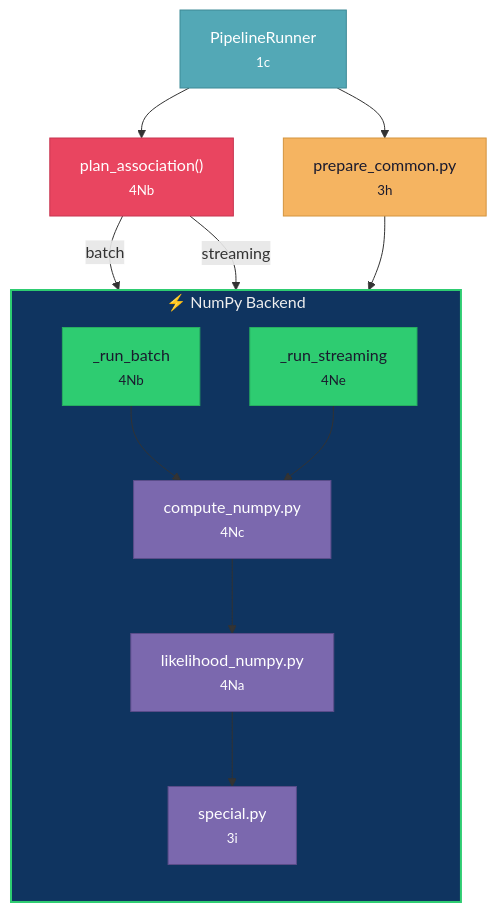
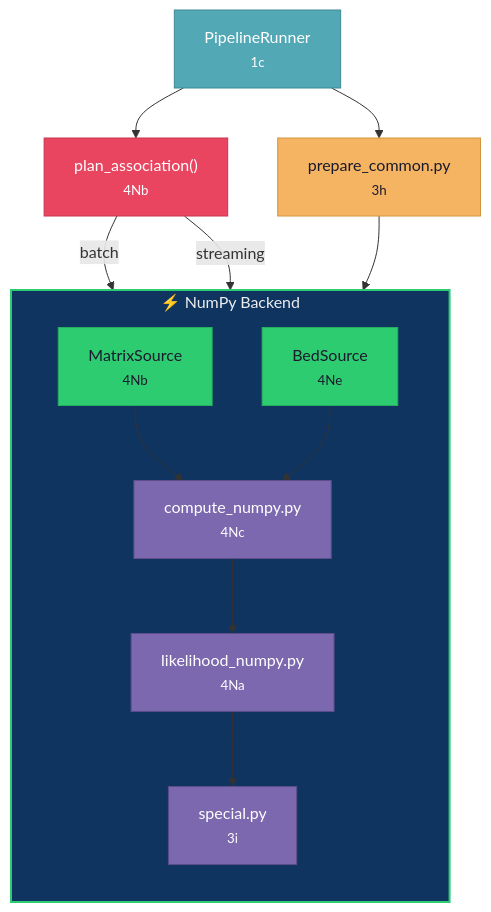
The fifth of 5 diagrams in docs/CODEMAP.md (michael-denyer/jamma), drawn with Mermaid before and after one commit. The commit also changed other lines of this file and 12 other files, not shown here.

````diff
--- a/docs/CODEMAP.md
+++ b/docs/CODEMAP.md
@@ -499,35 +500,35 @@
 ```mermaid
 flowchart TD
     PIPE["PipelineRunner<br/><small>1c</small>"]
     SEL["plan_association()<br/><small>4Nb</small>"]
     PREP["prepare_common.py<br/><small>3h</small>"]
 
     subgraph NP["⚡ NumPy Backend"]
         direction TB
-        BATCH["_run_batch<br/><small>4Nb</small>"]
-        STREAM["_run_streaming<br/><small>4Ne</small>"]
+        BATCH["MatrixSource<br/><small>4Nb</small>"]
+        STREAM["BedSource<br/><small>4Ne</small>"]
         CN["compute_numpy.py<br/><small>4Nc</small>"]
         LN["likelihood_numpy.py<br/><small>4Na</small>"]
         SP["special.py<br/><small>3i</small>"]
     end
 
     PIPE --> SEL
     SEL -->|batch| BATCH
     SEL -->|streaming| STREAM
     PIPE --> PREP
     PREP --> NP
     BATCH --> CN --> LN
     STREAM --> CN
     LN --> SP
 
     style NP fill:#0f3460,stroke:#2ecc71,color:#eee,stroke-width:2px
 
     style PIPE fill:#53a8b6,stroke:#3d8a96,color:#fff
     style SEL fill:#e94560,stroke:#c73550,color:#fff
     style PREP fill:#f5b461,stroke:#d4943f,color:#1a1a2e
     style BATCH fill:#2ecc71,stroke:#27ae60,color:#1a1a2e
     style STREAM fill:#2ecc71,stroke:#27ae60,color:#1a1a2e
     style CN fill:#7b68ae,stroke:#5a4d8a,color:#fff
     style LN fill:#7b68ae,stroke:#5a4d8a,color:#fff
     style SP fill:#7b68ae,stroke:#5a4d8a,color:#fff
 ```
````
